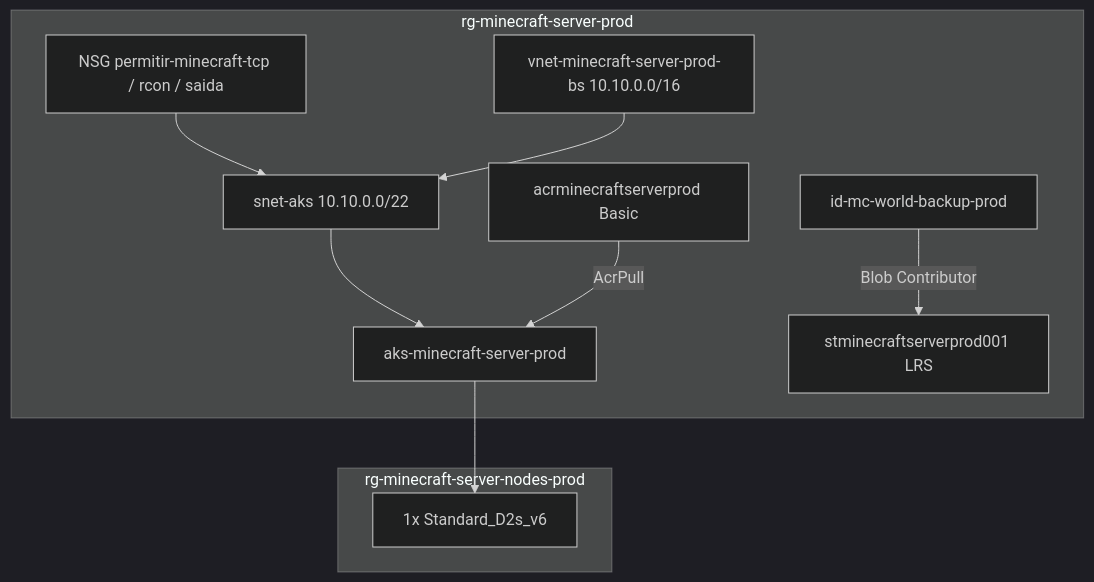
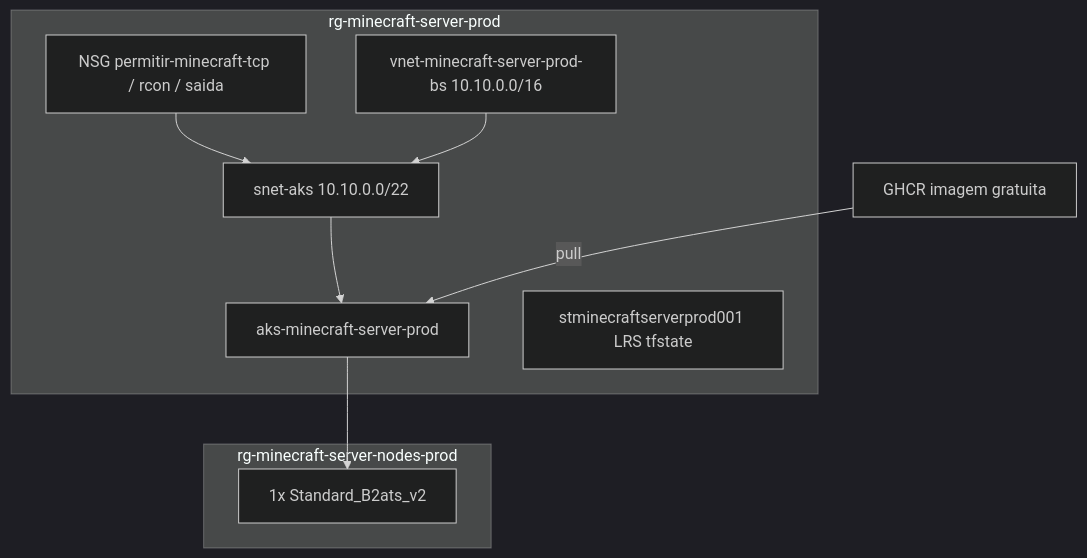
One commit to victorh-silveira/minecraft-core-server changed the diagram in docs/azure.md. Above: the diagram before and after it, drawn with Mermaid (dark theme). The commit also changed other lines of this file and 27 other files, not shown here.

````diff
--- a/docs/azure.md
+++ b/docs/azure.md
@@ -7,21 +7,19 @@
 ```mermaid
 flowchart TB
   subgraph rg [rg-minecraft-server-prod]
     vnet[vnet-minecraft-server-prod-bs 10.10.0.0/16]
     snet[snet-aks 10.10.0.0/22]
     nsg[NSG permitir-minecraft-tcp / rcon / saida]
     aks[aks-minecraft-server-prod]
-    acr[acrminecraftserverprod Basic]
-    st[stminecraftserverprod001 LRS]
-    uami[id-mc-world-backup-prod]
+    st[stminecraftserverprod001 LRS tfstate]
   end
   subgraph nodes [rg-minecraft-server-nodes-prod]
-    pool[1x Standard_D2s_v6]
+    pool[1x Standard_B2ats_v2]
   end
+  ghcr[GHCR imagem gratuita]
   aks --> pool
   snet --> aks
   nsg --> snet
   vnet --> snet
-  acr -->|AcrPull| aks
-  uami -->|Blob Contributor| st
+  ghcr -->|pull| aks
 ```
````
